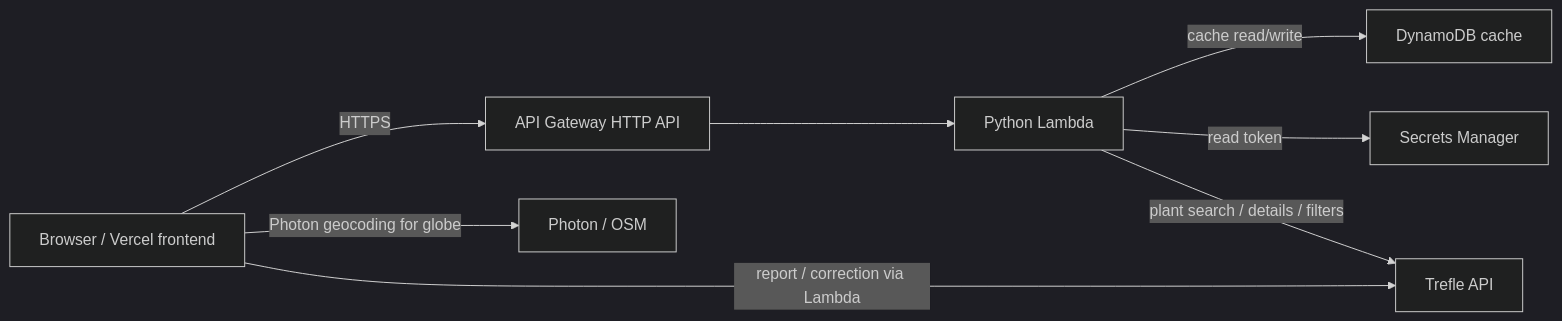
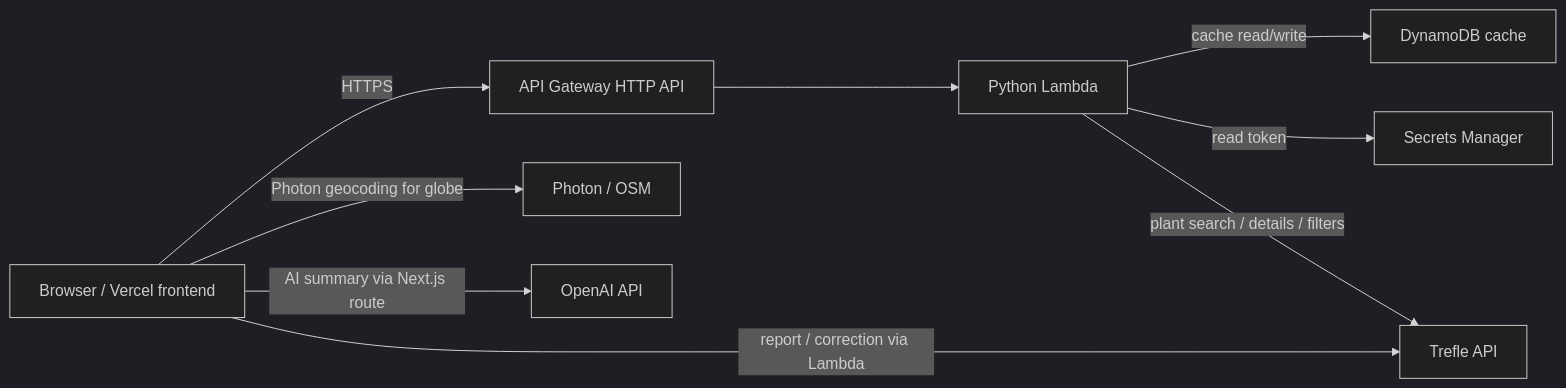
One commit to ri2658/The-Real-Singularity changed the diagram in DesignDoc.md. Above: the diagram before and after it, drawn with Mermaid (dark theme). The commit also changed other lines of this file and 17 other files, not shown here.

````diff
--- a/DesignDoc.md
+++ b/DesignDoc.md
@@ -58,10 +61,11 @@
 ```mermaid
 flowchart LR
   User[Browser / Vercel frontend] -->|HTTPS| APIGW[API Gateway HTTP API]
   APIGW --> Lambda[Python Lambda]
   Lambda -->|cache read/write| DDB[DynamoDB cache]
   Lambda -->|read token| SM[Secrets Manager]
   Lambda -->|plant search / details / filters| Trefle[Trefle API]
   User -->|Photon geocoding for globe| Photon[Photon / OSM]
   User -->|report / correction via Lambda| Trefle
+  User -->|AI summary via Next.js route| OpenAI[OpenAI API]
 ```
````
